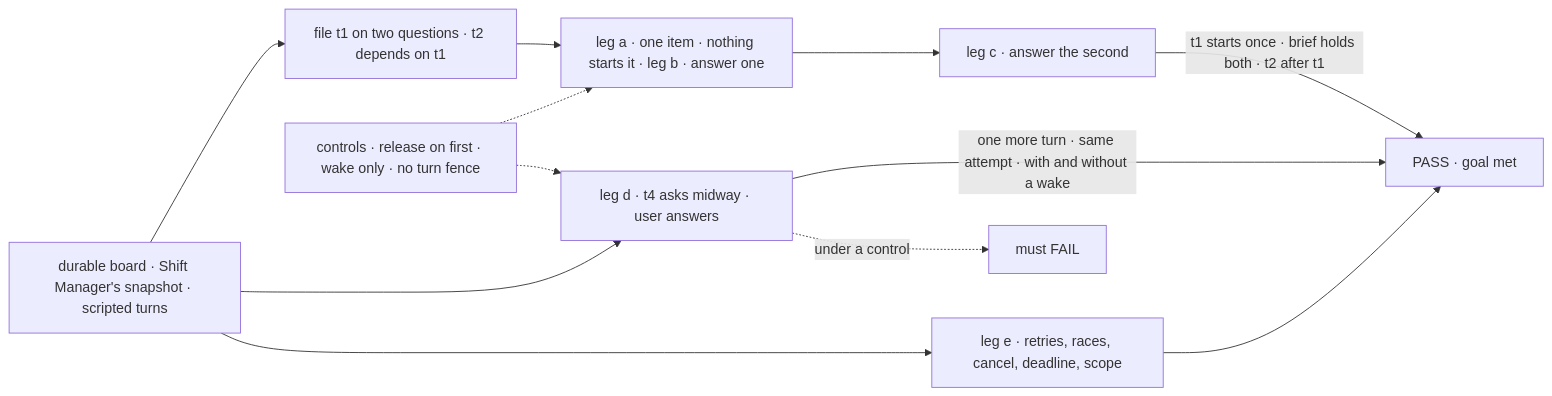
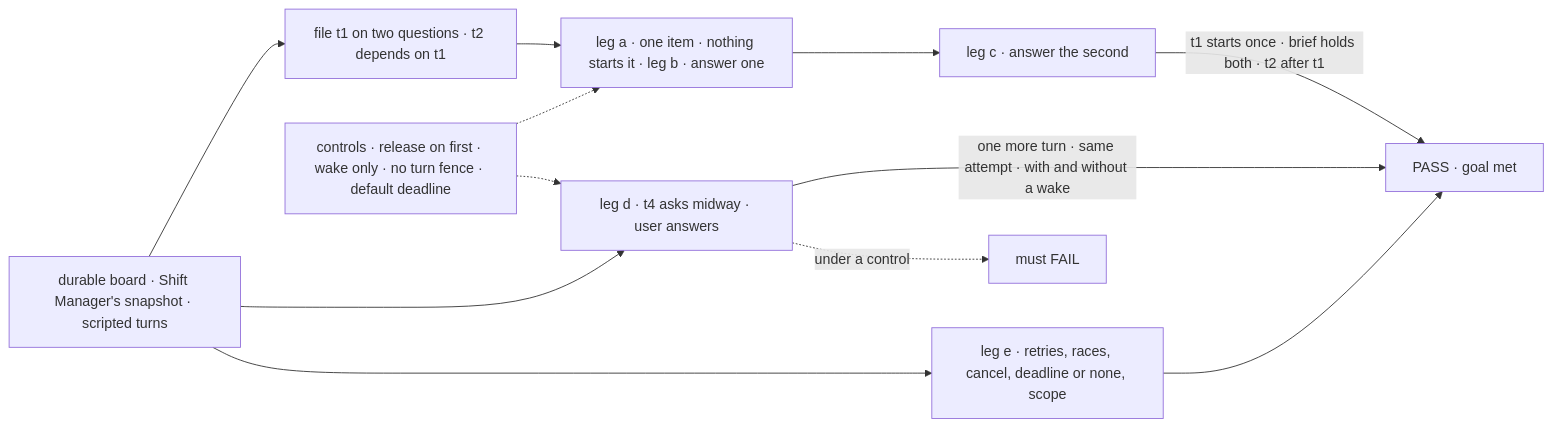
One commit to fixpoint-labs/flow-state-dev changed the first of 2 diagrams in specs/issues/FIX-2133/SPEC.md. Above: the diagram before and after it, drawn with Mermaid. The commit also changed other lines of this file and 21 other files, not shown here.

First line of the commit message:
spec(FIX-2058): no default deadline for a person stop, plus analysis folds (#3833)

````diff
--- a/specs/issues/FIX-2133/SPEC.md
+++ b/specs/issues/FIX-2133/SPEC.md
@@ -30,14 +30,14 @@
 ```mermaid
 flowchart LR
   H["durable board · Shift Manager's snapshot · scripted turns"] --> F["file t1 on two questions · t2 depends on t1"]
   F --> A["leg a · one item · nothing starts it · leg b · answer one"]
   A --> B["leg c · answer the second"]
   H --> M["leg d · t4 asks midway · user answers"]
-  H --> E["leg e · retries, races, cancel, deadline, scope"]
+  H --> E["leg e · retries, races, cancel, deadline or none, scope"]
   B -->|"t1 starts once · brief holds both · t2 after t1"| P["PASS · goal met"]
   M -->|"one more turn · same attempt · with and without a wake"| P
   E --> P
-  C["controls · release on first · wake only · no turn fence"] -.-> A
+  C["controls · release on first · wake only · no turn fence · default deadline"] -.-> A
   C -.-> M
   M -.->|"under a control"| X["must FAIL"]
 ```
````
